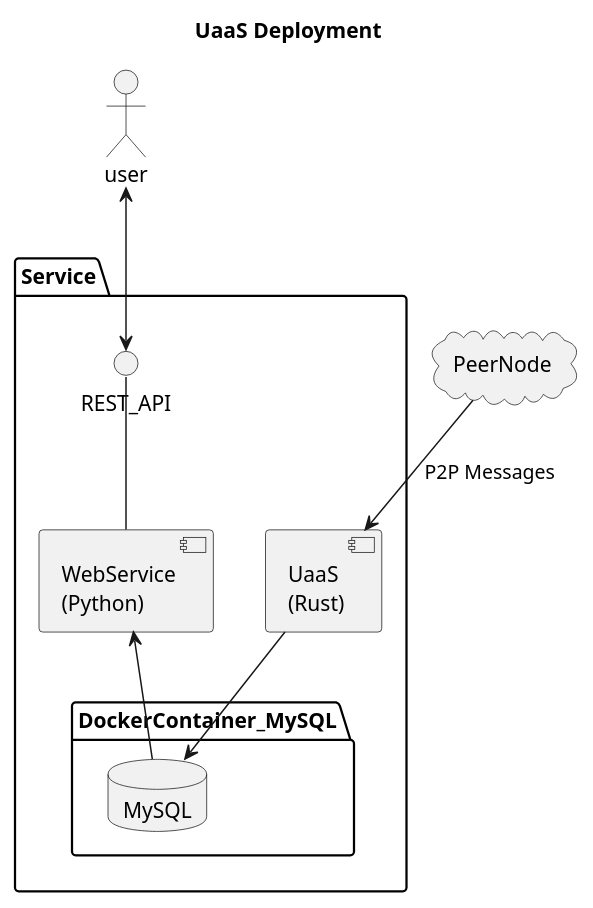
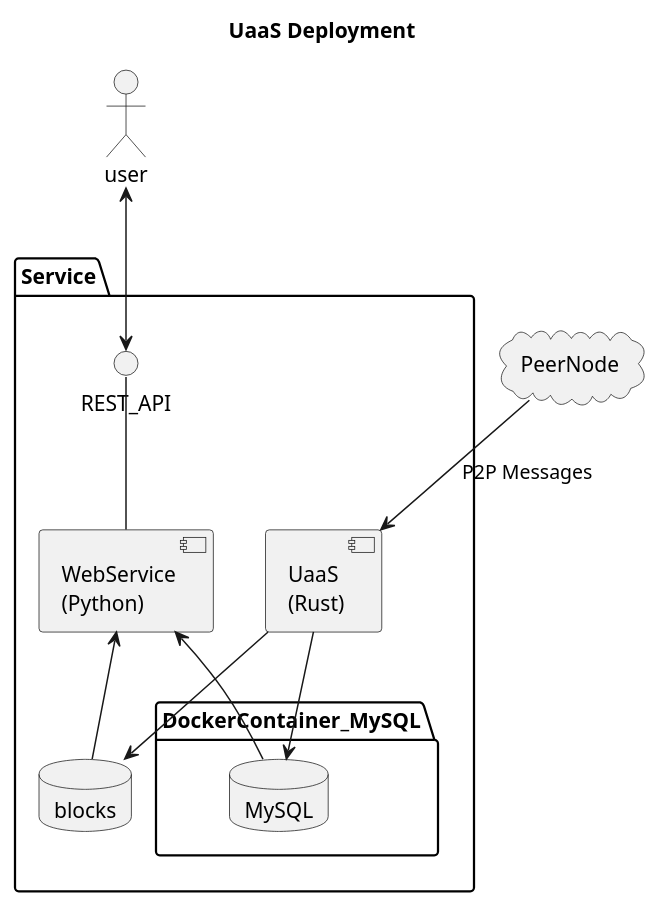
One commit to nchain-innovation/utxo-as-a-service changed the diagram in docs/diagrams/deployment.puml. Above: the diagram before and after it, drawn with PlantUML. The commit also changed 3 other files, not shown here.

```diff
--- a/docs/diagrams/deployment.puml
+++ b/docs/diagrams/deployment.puml
@@ -1,28 +1,33 @@
 @startuml
 Title UaaS Deployment
 ' left to right direction
 
 
 actor user
 cloud PeerNode
 
 package Service {
     () "REST_API"
     component "WebService\n(Python)" as WebService
 
     user <--> REST_API
     REST_API -- WebService
 
     component "UaaS\n(Rust)" as UaaS
 
+    database blocks
+
     package DockerContainer_MySQL {
         database MySQL
     }
     UaaS --> MySQL
     WebService <-- MySQL
 
+    UaaS --> blocks
+    WebService <-- blocks
+
 
     PeerNode --> UaaS: P2P Messages
 }
 
 @enduml
```
